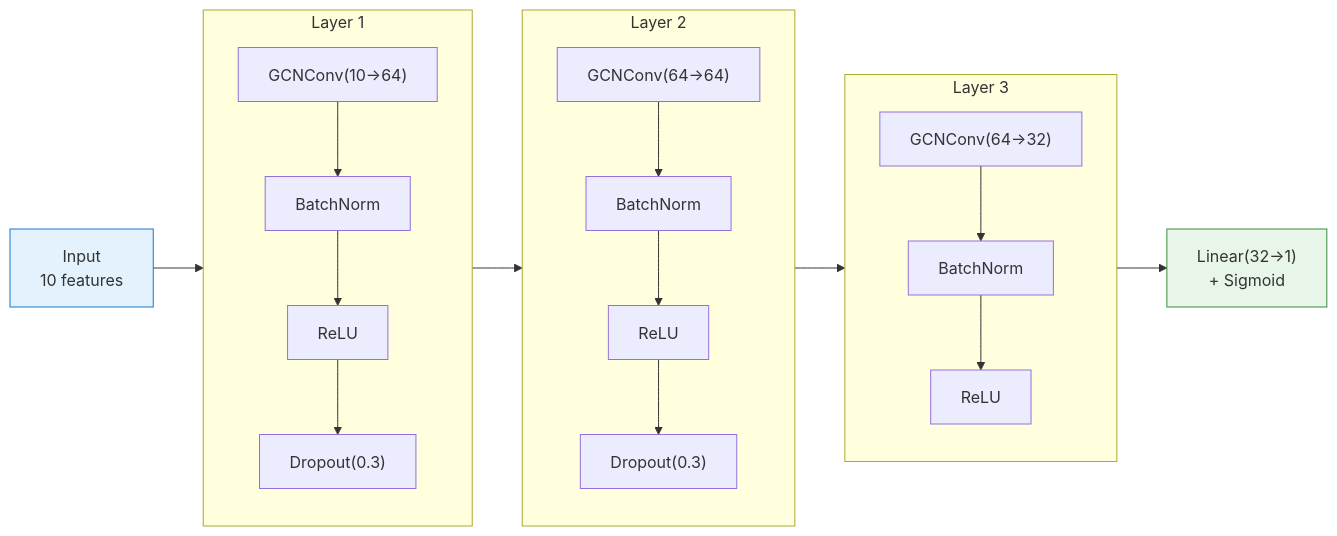
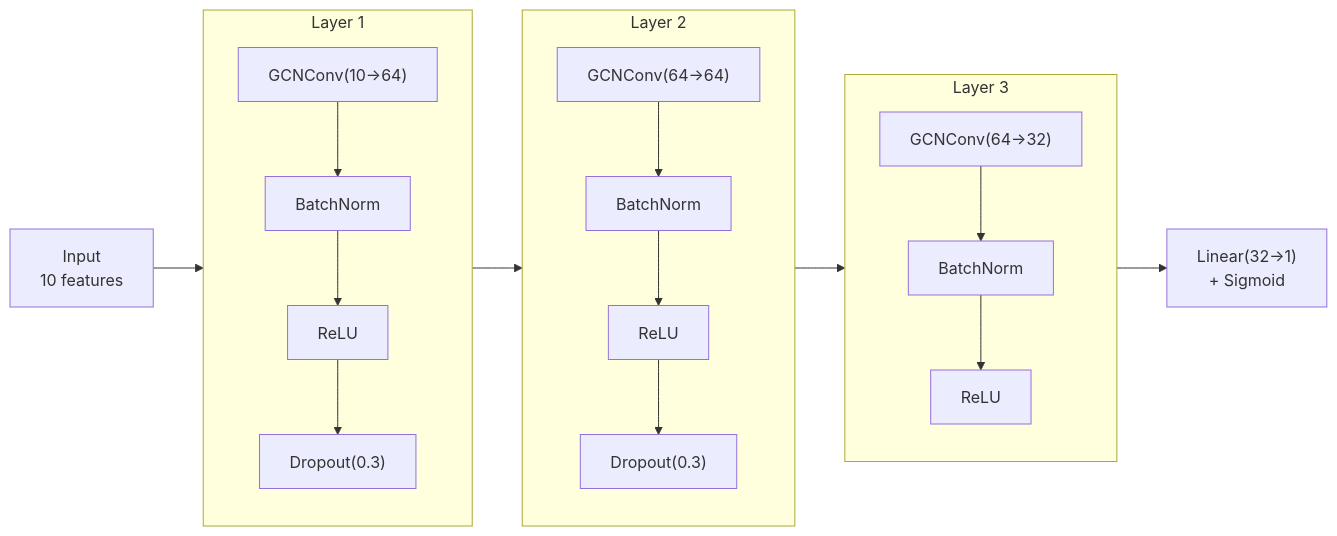
One commit to sfc-gh-abannerjee/flux-ops-center-spcs changed the diagram in docs/CASCADE_ANALYSIS.md. Above: the diagram before and after it, drawn with Mermaid. The commit also changed 4 other files, not shown here.

First line of the commit message:
fix: Remove custom Mermaid styles for dark mode compatibility

````diff
--- a/docs/CASCADE_ANALYSIS.md
+++ b/docs/CASCADE_ANALYSIS.md
@@ -259,36 +259,33 @@
 ```mermaid
 flowchart LR
     INPUT["Input<br/>10 features"] --> L1
     
     subgraph L1["Layer 1"]
         GCN1["GCNConv(10→64)"]
         BN1["BatchNorm"]
         R1["ReLU"]
         D1["Dropout(0.3)"]
         GCN1 --> BN1 --> R1 --> D1
     end
     
     L1 --> L2
     
     subgraph L2["Layer 2"]
         GCN2["GCNConv(64→64)"]
         BN2["BatchNorm"]
         R2["ReLU"]
         D2["Dropout(0.3)"]
         GCN2 --> BN2 --> R2 --> D2
     end
     
     L2 --> L3
     
     subgraph L3["Layer 3"]
         GCN3["GCNConv(64→32)"]
         BN3["BatchNorm"]
         R3["ReLU"]
         GCN3 --> BN3 --> R3
     end
     
     L3 --> OUTPUT["Linear(32→1)<br/>+ Sigmoid"]
-    
-    style INPUT fill:#e3f2fd,stroke:#1976d2
-    style OUTPUT fill:#e8f5e9,stroke:#388e3c
 ```
````
